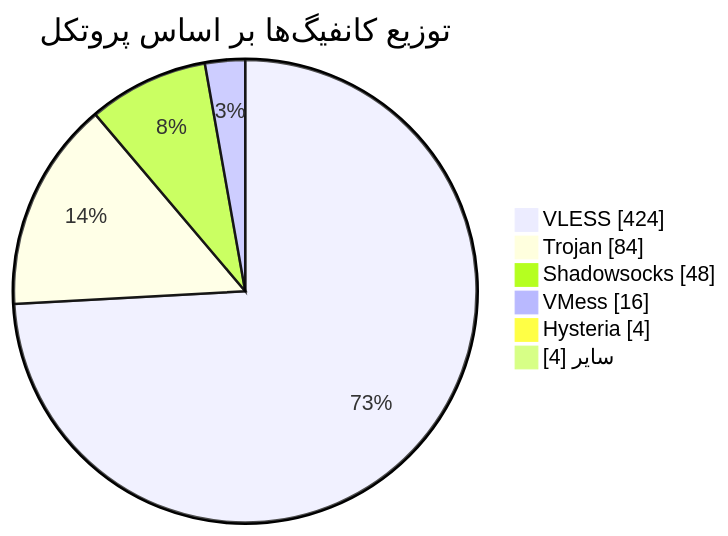
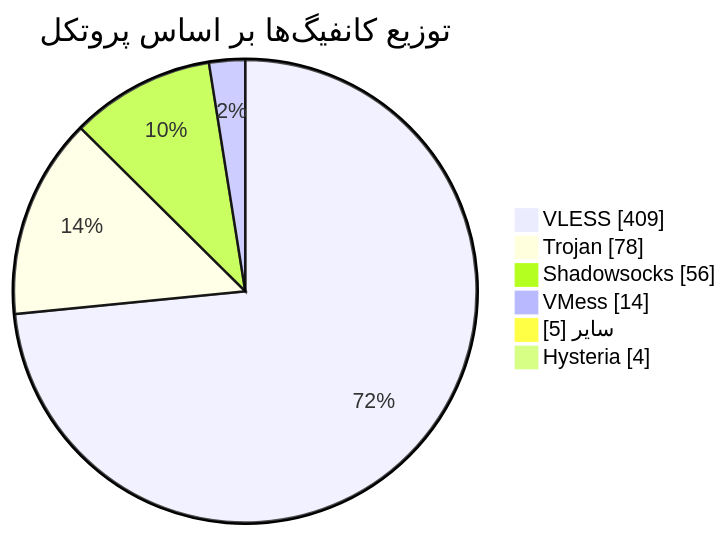
The diagram in README.md (Arian-Alijani/Somthing), drawn with Mermaid before and after one commit. The commit also changed other lines of this file and 19 other files, not shown here.

````diff
--- a/README.md
+++ b/README.md
@@ -48,10 +48,10 @@
 ```mermaid
 pie showData
     title توزیع کانفیگ‌ها بر اساس پروتکل
-    "VLESS" : 424
-    "Trojan" : 84
-    "Shadowsocks" : 48
-    "VMess" : 16
+    "VLESS" : 409
+    "Trojan" : 78
+    "Shadowsocks" : 56
+    "VMess" : 14
+    "سایر" : 5
     "Hysteria" : 4
-    "سایر" : 4
 ```
````
